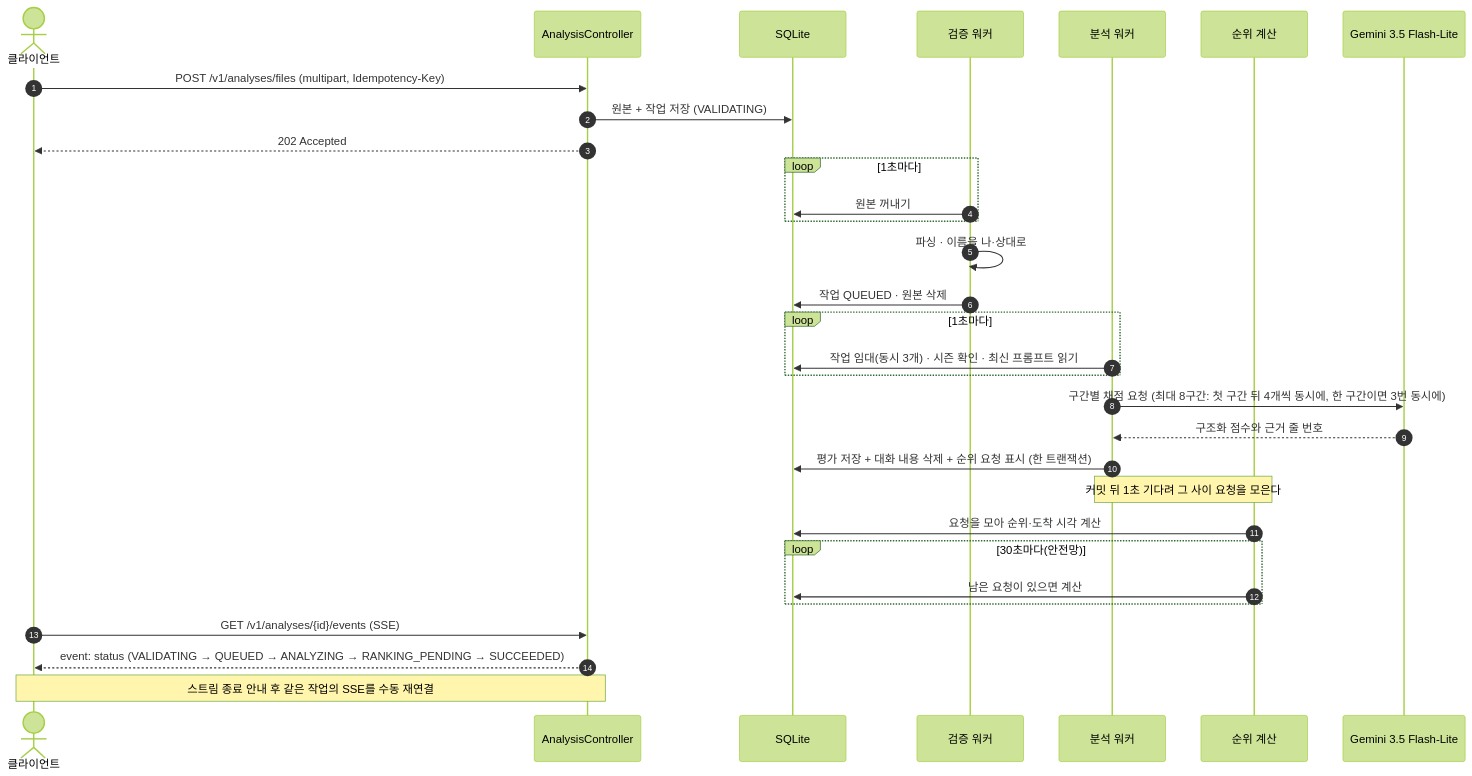
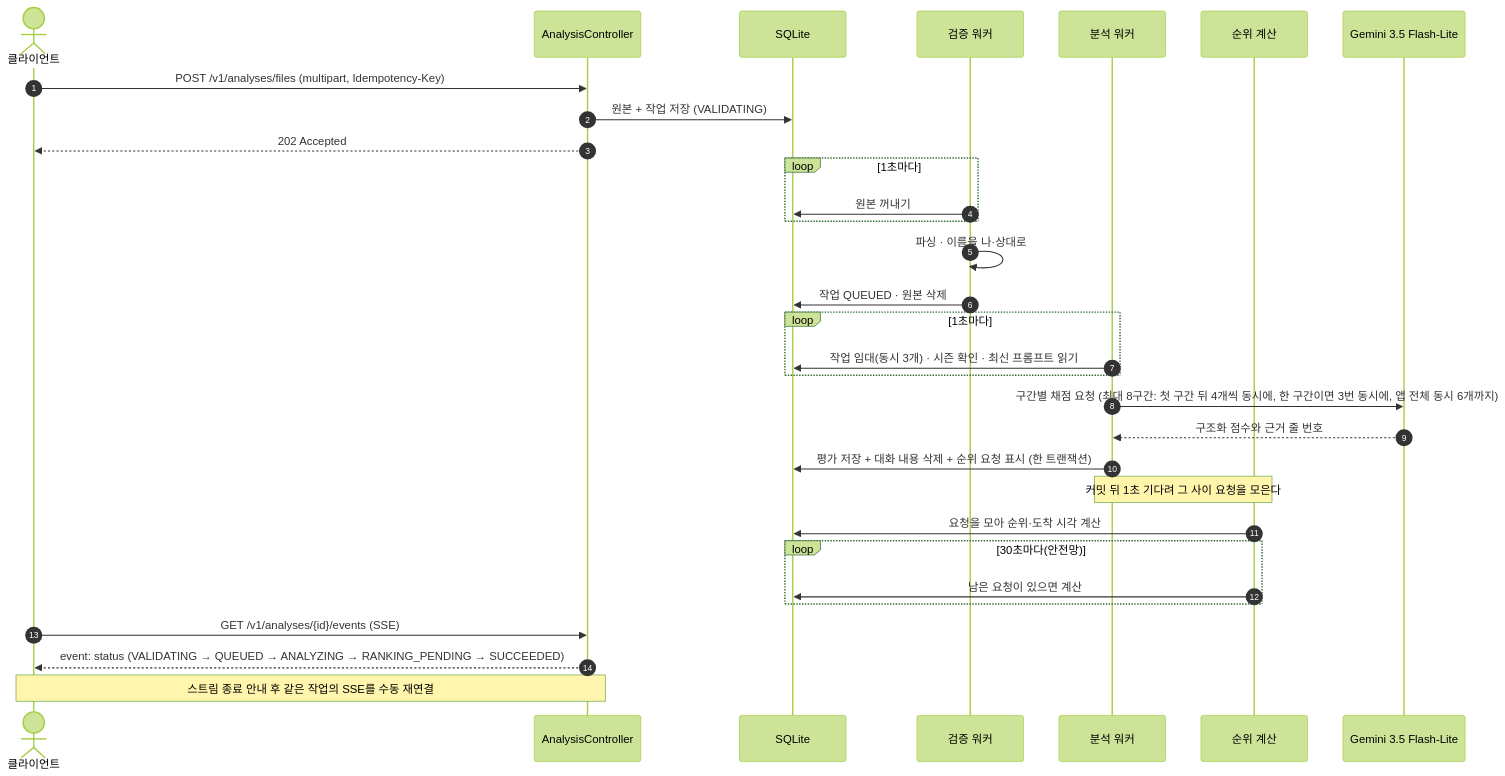
The diagram in backend/README.md (yooni9ue/santacut), drawn with Mermaid (forest theme) before and after one commit. The commit also changed other lines of this file and 2 other files, not shown here.

````diff
--- a/backend/README.md
+++ b/backend/README.md
@@ -181,33 +181,33 @@
 ```mermaid
 sequenceDiagram
     autonumber
     actor C as 클라이언트
     participant API as AnalysisController
     participant DB as SQLite
     participant V as 검증 워커
     participant W as 분석 워커
     participant R as 순위 계산
     participant AI as Gemini 3.5 Flash-Lite
     C->>API: POST /v1/analyses/files (multipart, Idempotency-Key)
     API->>DB: 원본 + 작업 저장 (VALIDATING)
     API-->>C: 202 Accepted
     loop 1초마다
         V->>DB: 원본 꺼내기
     end
     V->>V: 파싱 · 이름을 나·상대로
     V->>DB: 작업 QUEUED · 원본 삭제
     loop 1초마다
         W->>DB: 작업 임대(동시 3개) · 시즌 확인 · 최신 프롬프트 읽기
     end
-    W->>AI: 구간별 채점 요청 (최대 8구간: 첫 구간 뒤 4개씩 동시에, 한 구간이면 3번 동시에)
+    W->>AI: 구간별 채점 요청 (최대 8구간: 첫 구간 뒤 4개씩 동시에, 한 구간이면 3번 동시에, 앱 전체 동시 6개까지)
     AI-->>W: 구조화 점수와 근거 줄 번호
     W->>DB: 평가 저장 + 대화 내용 삭제 + 순위 요청 표시 (한 트랜잭션)
     Note over W,R: 커밋 뒤 1초 기다려 그 사이 요청을 모은다
     R->>DB: 요청을 모아 순위·도착 시각 계산
     loop 30초마다(안전망)
         R->>DB: 남은 요청이 있으면 계산
     end
     C->>API: GET /v1/analyses/{id}/events (SSE)
     API-->>C: event: status (VALIDATING → QUEUED → ANALYZING → RANKING_PENDING → SUCCEEDED)
     Note over C,API: 스트림 종료 안내 후 같은 작업의 SSE를 수동 재연결
 ```
````
